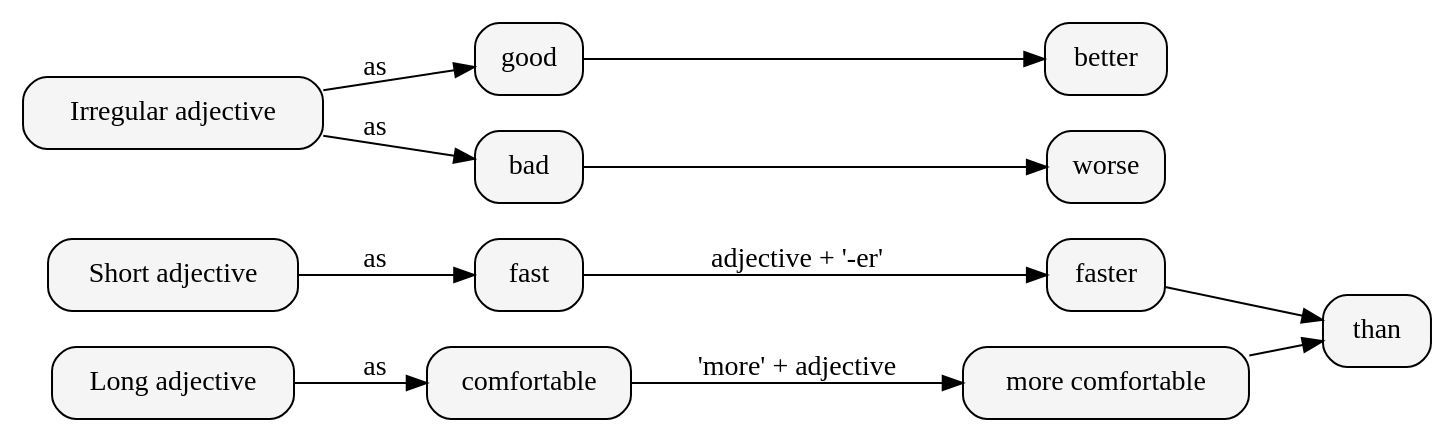
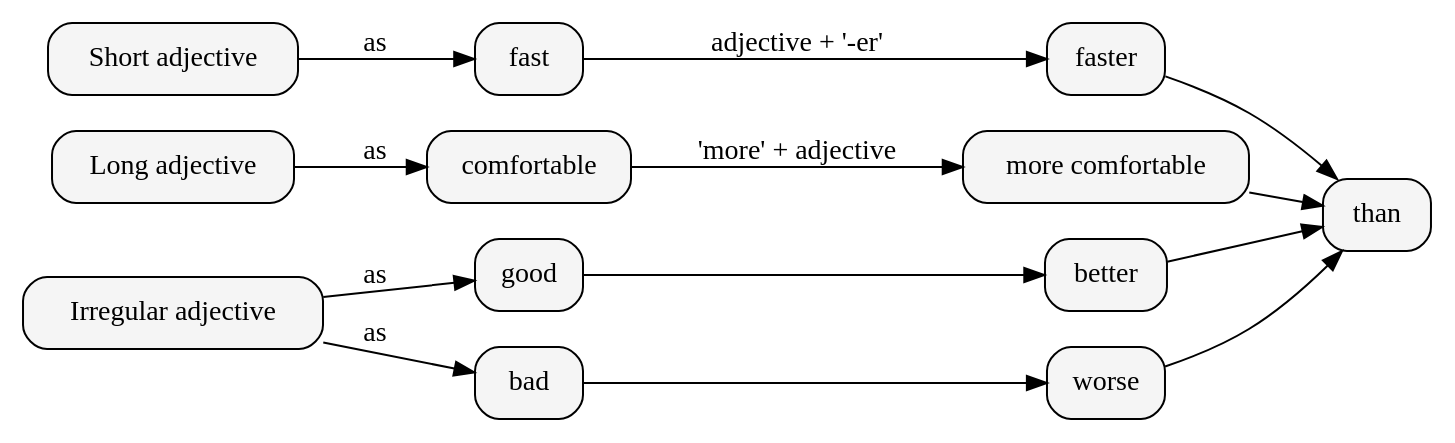
Before and after one commit to 1nv1/CulturalInglesa: the first of 5 diagrams in 2nd/index.org, drawn with Graphviz. The commit also changed 2 other files, not shown here.

Commit message:
Plot of comparative rules updated

```diff
--- a/2nd/index.org
+++ b/2nd/index.org
@@ -34,11 +34,12 @@
 #+BEGIN_SRC dot :file rule_compartive.svg :cmdline -Kdot -Tsvg
   digraph { rankdir = LR; node [ style = "rounded, filled", fillcolor = "gray96", shape = box];
     "Short adjective" -> "fast" [ label = "as" ];
     "fast" -> "faster" [ label = "adjective + '-er'" ];
     "Long adjective" -> "comfortable" [ label = "as" ];
     "comfortable" -> "more comfortable" [ label = "'more' + adjective" ];
     "Irregular adjective" -> { "good", "bad" } [ label = "as" ];
     "good" -> "better"; "bad" -> "worse";
+    { "better", "worse" } -> "than";
     { "faster", "more comfortable" }  -> "than";
   }
 #+END_SRC
```
